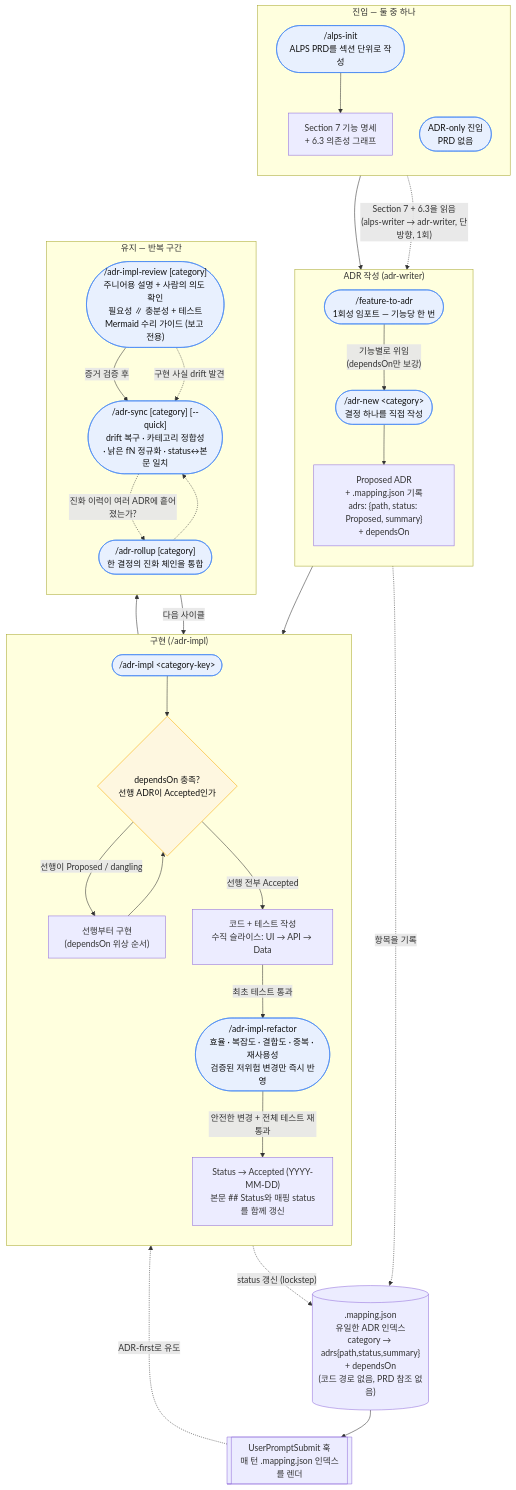
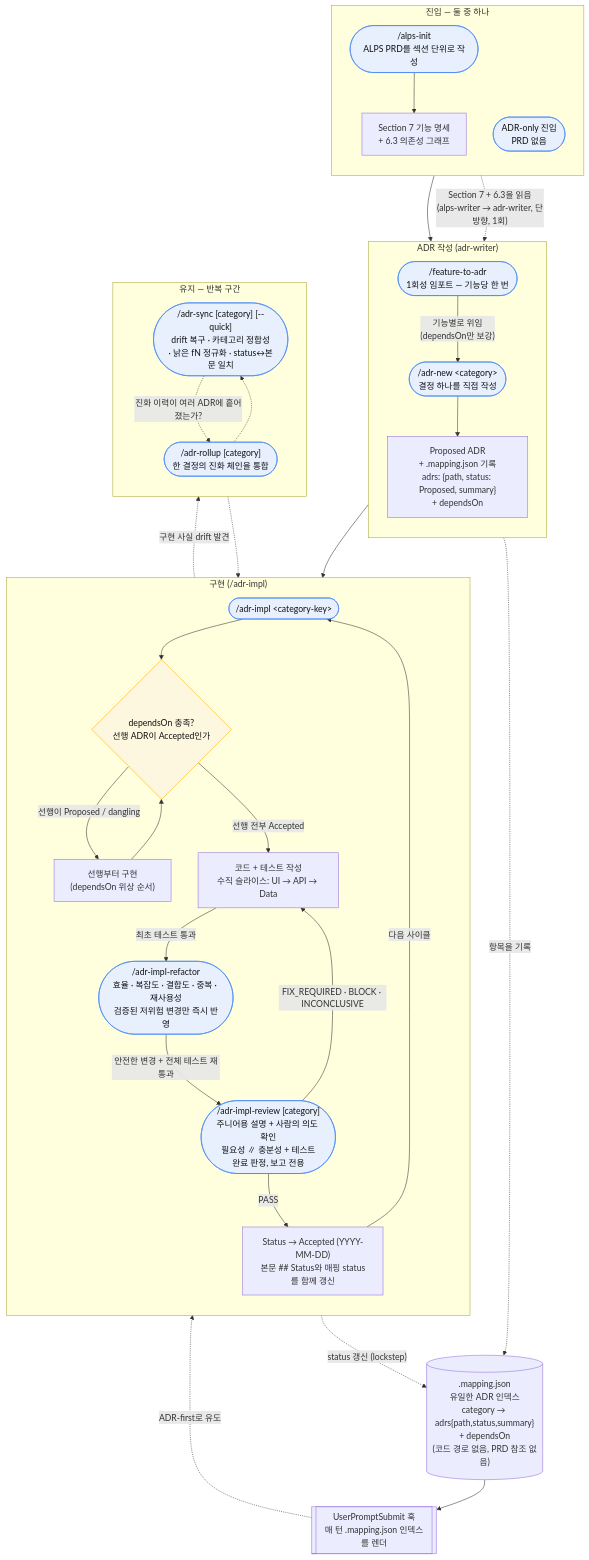
Before and after one commit to haandol/alps-writer-mcp: the first of 8 diagrams in docs/adr-process.md, drawn with Mermaid. The commit also changed other lines of this file and 35 other files, not shown here.

````diff
--- a/docs/adr-process.md
+++ b/docs/adr-process.md
@@ -28,65 +28,66 @@
 ```mermaid
 flowchart TD
     subgraph entry["진입 — 둘 중 하나"]
         direction TB
         AlpsInit(["/alps-init<br/>ALPS PRD를 섹션 단위로 작성"])
         S7["Section 7 기능 명세<br/>+ 6.3 의존성 그래프"]
         AlpsInit --> S7
         ADROnly(["ADR-only 진입<br/>PRD 없음"])
     end
 
     subgraph author["ADR 작성 (adr-writer)"]
         direction TB
         F2A(["/feature-to-adr<br/>1회성 임포트 — 기능당 한 번"])
         New(["/adr-new &lt;category&gt;<br/>결정 하나를 직접 작성"])
         Proposed["Proposed ADR<br/>+ .mapping.json 기록<br/>adrs: {path, status: Proposed, summary}<br/>+ dependsOn"]
         F2A -->|"기능별로 위임<br/>(dependsOn만 보강)"| New
         New --> Proposed
     end
 
     subgraph impl["구현 (/adr-impl)"]
         direction TB
         Impl(["/adr-impl &lt;category-key&gt;"])
         Gate{"dependsOn 충족?<br/>선행 ADR이 Accepted인가"}
         Prereq["선행부터 구현<br/>(dependsOn 위상 순서)"]
         Code["코드 + 테스트 작성<br/>수직 슬라이스: UI → API → Data"]
         Refactor(["/adr-impl-refactor<br/>효율 · 복잡도 · 결합도 · 중복 · 재사용성<br/>검증된 저위험 변경만 즉시 반영"])
+        Review(["/adr-impl-review [category]<br/>주니어용 설명 + 사람의 의도 확인<br/>필요성 ∥ 충분성 + 테스트<br/>완료 판정, 보고 전용"])
         Accepted["Status → Accepted (YYYY-MM-DD)<br/>본문 ## Status와 매핑 status를 함께 갱신"]
         Impl --> Gate
         Gate -->|"선행이 Proposed / dangling"| Prereq
         Prereq --> Gate
         Gate -->|"선행 전부 Accepted"| Code
         Code -->|"최초 테스트 통과"| Refactor
-        Refactor -->|"안전한 변경 + 전체 테스트 재통과"| Accepted
+        Refactor -->|"안전한 변경 + 전체 테스트 재통과"| Review
+        Review -->|PASS| Accepted
+        Review -->|"FIX_REQUIRED · BLOCK · INCONCLUSIVE"| Code
     end
 
     subgraph maint["유지 — 반복 구간"]
         direction TB
-        Review(["/adr-impl-review [category]<br/>주니어용 설명 + 사람의 의도 확인<br/>필요성 ∥ 충분성 + 테스트<br/>Mermaid 수리 가이드 (보고 전용)"])
         Sync(["/adr-sync [category] [--quick]<br/>drift 복구 · 카테고리 정합성<br/>· 낡은 fN 정규화 · status↔본문 일치"])
         Rollup(["/adr-rollup [category]<br/>한 결정의 진화 체인을 통합"])
     end
 
     Mapping[(".mapping.json<br/>유일한 ADR 인덱스<br/>category → adrs{path,status,summary}<br/>+ dependsOn<br/>(코드 경로 없음, PRD 참조 없음)")]
     Hook[["UserPromptSubmit 훅<br/>매 턴 .mapping.json 인덱스를 렌더"]]
 
     S7 -.->|"Section 7 + 6.3을 읽음<br/>(alps-writer → adr-writer, 단방향, 1회)"| F2A
     ADROnly --> New
     Proposed --> Impl
-    Accepted --> Review
-    Review -->|"증거 검증 후"| Sync
     Review -.->|"구현 사실 drift 발견"| Sync
-    Sync -->|"다음 사이클"| Impl
+    Sync -.-> Review
+    Accepted -->|"다음 사이클"| Impl
     Sync -.->|"진화 이력이 여러 ADR에 흩어졌는가?"| Rollup
     Rollup -.-> Sync
 
     Proposed -.->|"항목을 기록"| Mapping
     Accepted -.->|"status 갱신 (lockstep)"| Mapping
     Mapping --> Hook
     Hook -.->|"ADR-first로 유도"| Impl
 
     classDef cmd fill:#e8f0fe,stroke:#4285f4,color:#111;
     classDef gate fill:#fef7e0,stroke:#f9ab00,color:#111;
     class AlpsInit,F2A,New,Impl,Refactor,Review,Sync,Rollup,ADROnly cmd;
     class Gate gate;
 ```
````
